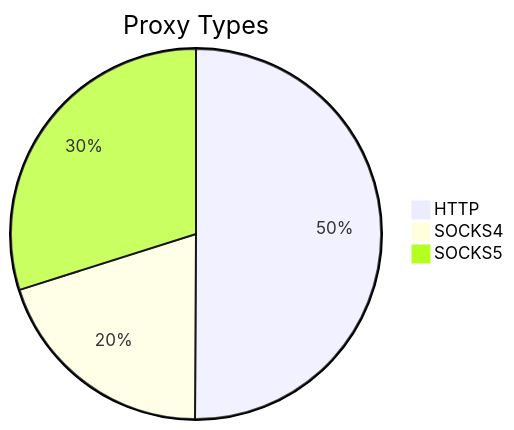
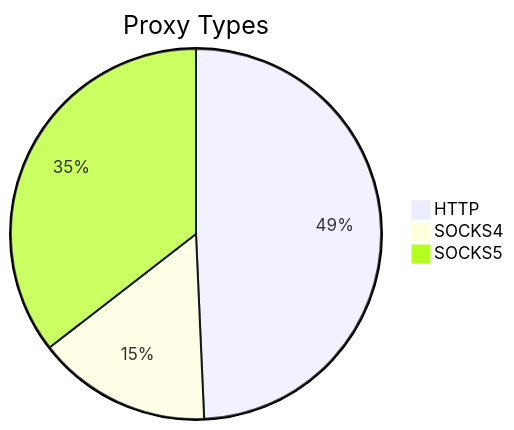
The first of 2 diagrams in README.md (stormsia/proxy-list), drawn with Mermaid before and after one commit. The commit also changed other lines of this file, not shown here.

````diff
--- a/README.md
+++ b/README.md
@@ -21,6 +21,6 @@
 ```mermaid
 pie title Proxy Types
-    "HTTP" : 295
-    "SOCKS4" : 118
-    "SOCKS5" : 176
+    "HTTP" : 175
+    "SOCKS4" : 54
+    "SOCKS5" : 126
 ```
````
